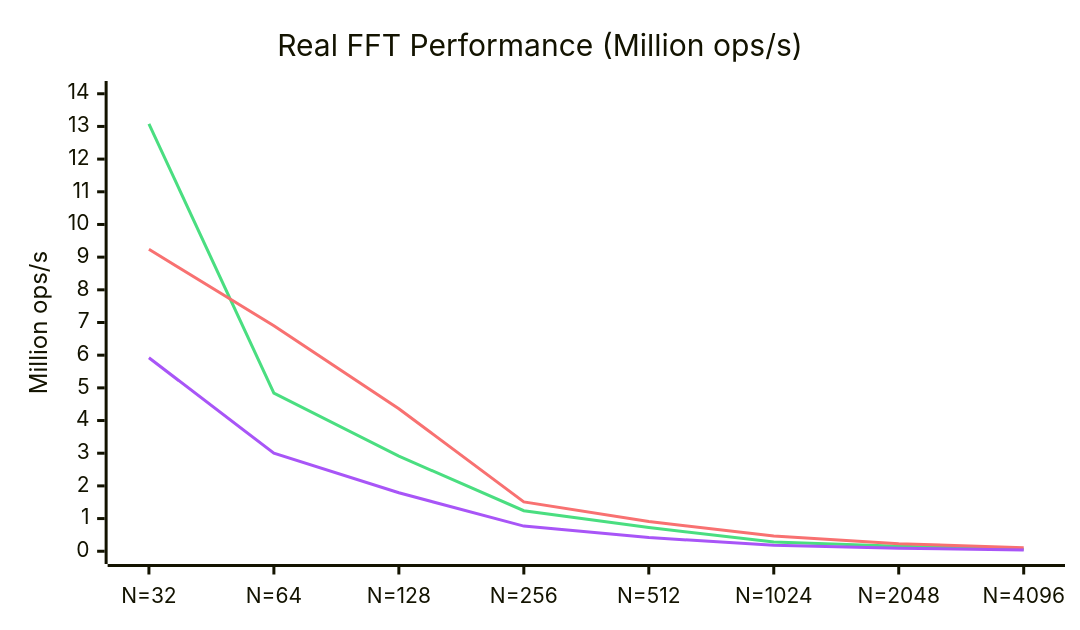
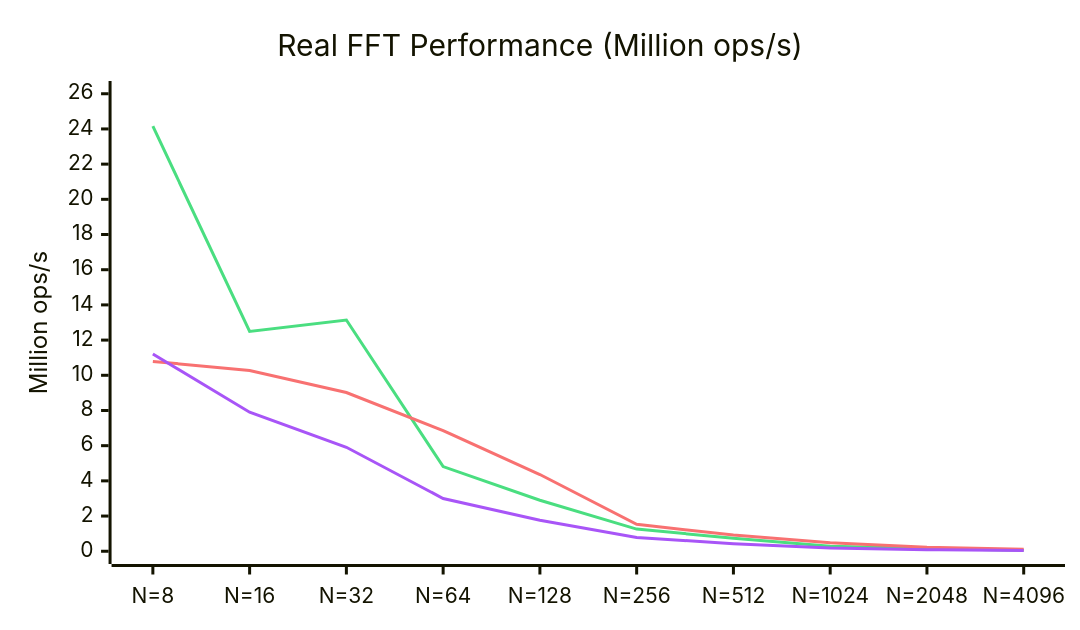
One commit to EmNudge/wat-fft changed the second of 2 diagrams in README.md. Above: the diagram before and after it, drawn with Mermaid. The commit also changed other lines of this file and 3 other files, not shown here.

````diff
--- a/README.md
+++ b/README.md
@@ -62,18 +64,18 @@
 ```mermaid
 ---
 config:
     xyChart:
         width: 700
         height: 400
     themeVariables:
         xyChart:
             plotColorPalette: "#4ade80, #f87171, #a855f7"
 ---
 xychart-beta
     title "Real FFT Performance (Million ops/s)"
-    x-axis [N=32, N=64, N=128, N=256, N=512, N=1024, N=2048, N=4096]
-    y-axis "Million ops/s" 0 --> 14
-    line [13.08, 4.84, 2.91, 1.24, 0.73, 0.28, 0.15, 0.06]
-    line [9.24, 6.90, 4.36, 1.51, 0.91, 0.47, 0.23, 0.11]
-    line [5.92, 3.00, 1.79, 0.77, 0.42, 0.18, 0.09, 0.04]
+    x-axis [N=8, N=16, N=32, N=64, N=128, N=256, N=512, N=1024, N=2048, N=4096]
+    y-axis "Million ops/s" 0 --> 26
+    line [24.16, 12.49, 13.14, 4.81, 2.90, 1.26, 0.74, 0.28, 0.15, 0.06]
+    line [10.79, 10.27, 9.02, 6.86, 4.36, 1.53, 0.92, 0.48, 0.23, 0.11]
+    line [11.21, 7.90, 5.91, 3.00, 1.76, 0.78, 0.43, 0.18, 0.09, 0.04]
 ```
````
